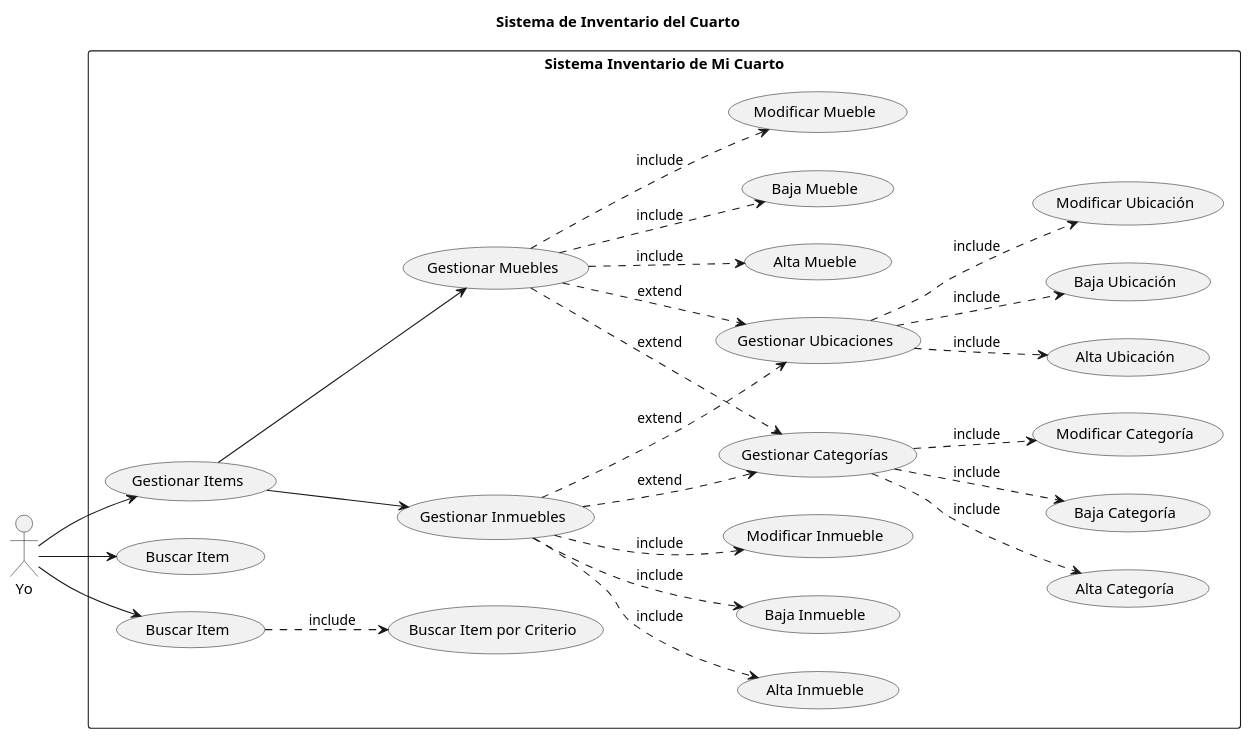
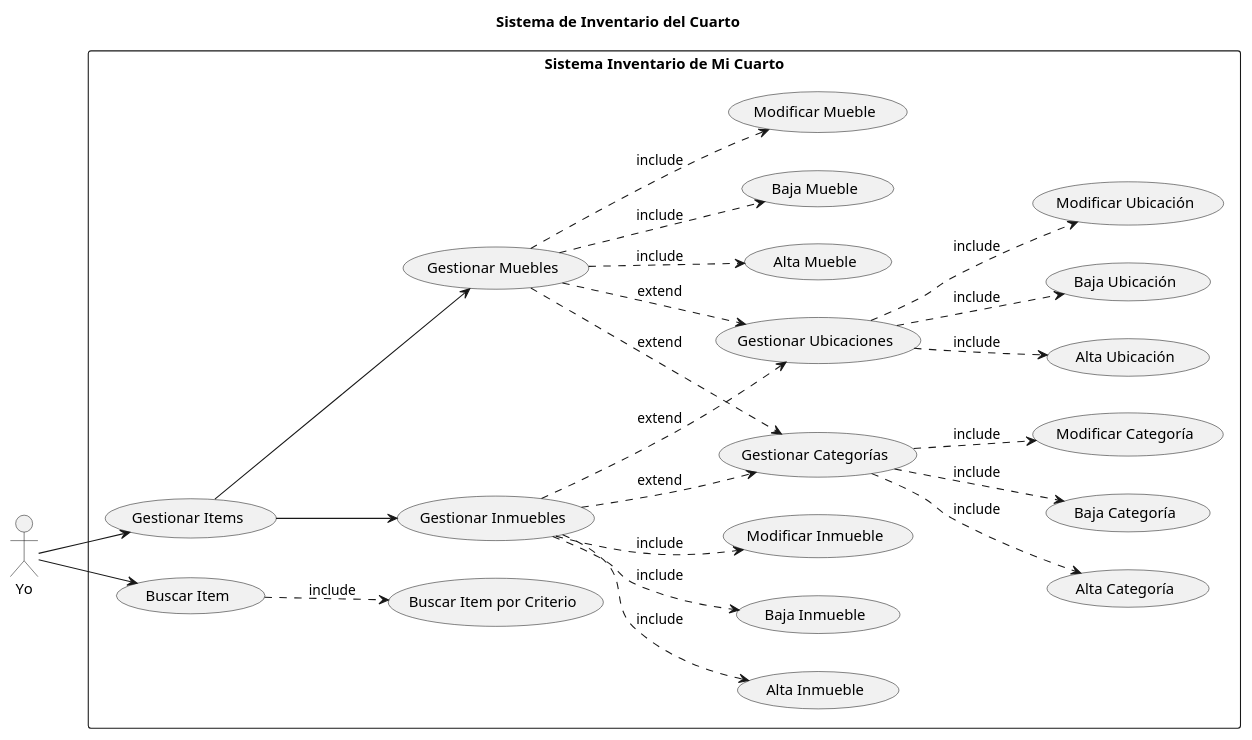
One commit to ricardouriegas/inventario-dormitorio changed the diagram in documentation/UML.puml. Above: the diagram before and after it, drawn with PlantUML.

Commit message:
corrections

```diff
--- a/documentation/UML.puml
+++ b/documentation/UML.puml
@@ -1,74 +1,74 @@
 @startuml cuarto
 ' view in vertical direction
 left to right direction
 title Sistema de Inventario del Cuarto
 
 :Yo: as Admin
 
 rectangle "Sistema Inventario de Mi Cuarto" {
     (Gestionar Items) as CU1
     (Gestionar Muebles) as CU2
     (Gestionar Inmuebles) as CU3
-    (Buscar Item) as CU4
+    ' (Buscar Item) as CU4
     (Gestionar Categorías) as CU5
     (Gestionar Ubicaciones) as CU6
     (Buscar Item) as CU7
 
     ' mueble
     (Alta Mueble) as CU2.1
     (Baja Mueble) as CU2.2
     (Modificar Mueble) as CU2.3
 
     ' inmueble
     (Alta Inmueble) as CU3.1
     (Baja Inmueble) as CU3.2
     (Modificar Inmueble) as CU3.3
 
     ' categorías
     (Alta Categoría) as CU5.1
     (Baja Categoría) as CU5.2
     (Modificar Categoría) as CU5.3
 
     ' ubicaciones
     (Alta Ubicación) as CU6.1
     (Baja Ubicación) as CU6.2
     (Modificar Ubicación) as CU6.3
 
     ' buscar item
     (Buscar Item por Criterio) as CU7.1
 
     CU2 .-> CU2.1 : include
     CU2 .-> CU2.2 : include
     CU2 .-> CU2.3 : include
 
     CU3 .-> CU3.1 : include
     CU3 .-> CU3.2 : include
     CU3 .-> CU3.3 : include
 
     CU5 .-> CU5.1 : include
     CU5 .-> CU5.2 : include
     CU5 .-> CU5.3 : include
 
     CU6 .-> CU6.1 : include
     CU6 .-> CU6.2 : include
     CU6 .-> CU6.3 : include
 
     CU7 .-> CU7.1 : include
 
     CU2 .-> CU5 : extend
     CU2 .-> CU6 : extend
     
     CU3 .-> CU5 : extend
     CU3 .-> CU6 : extend
 }
 
 CU1 --> CU2
 CU1 --> CU3
 ' CU1 --> CU5
 ' CU1 --> CU6
 
 Admin --> CU1
-Admin --> CU4
+' Admin --> CU4
 Admin --> CU7
 
 @enduml
```
